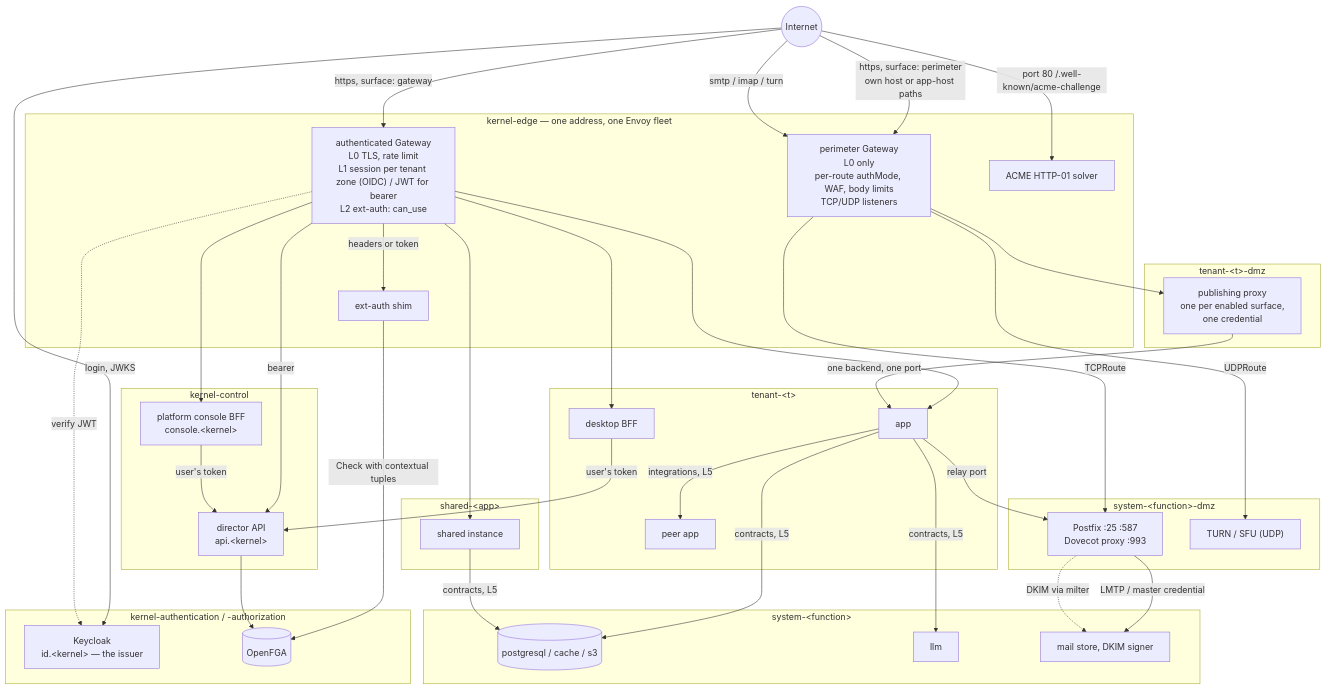
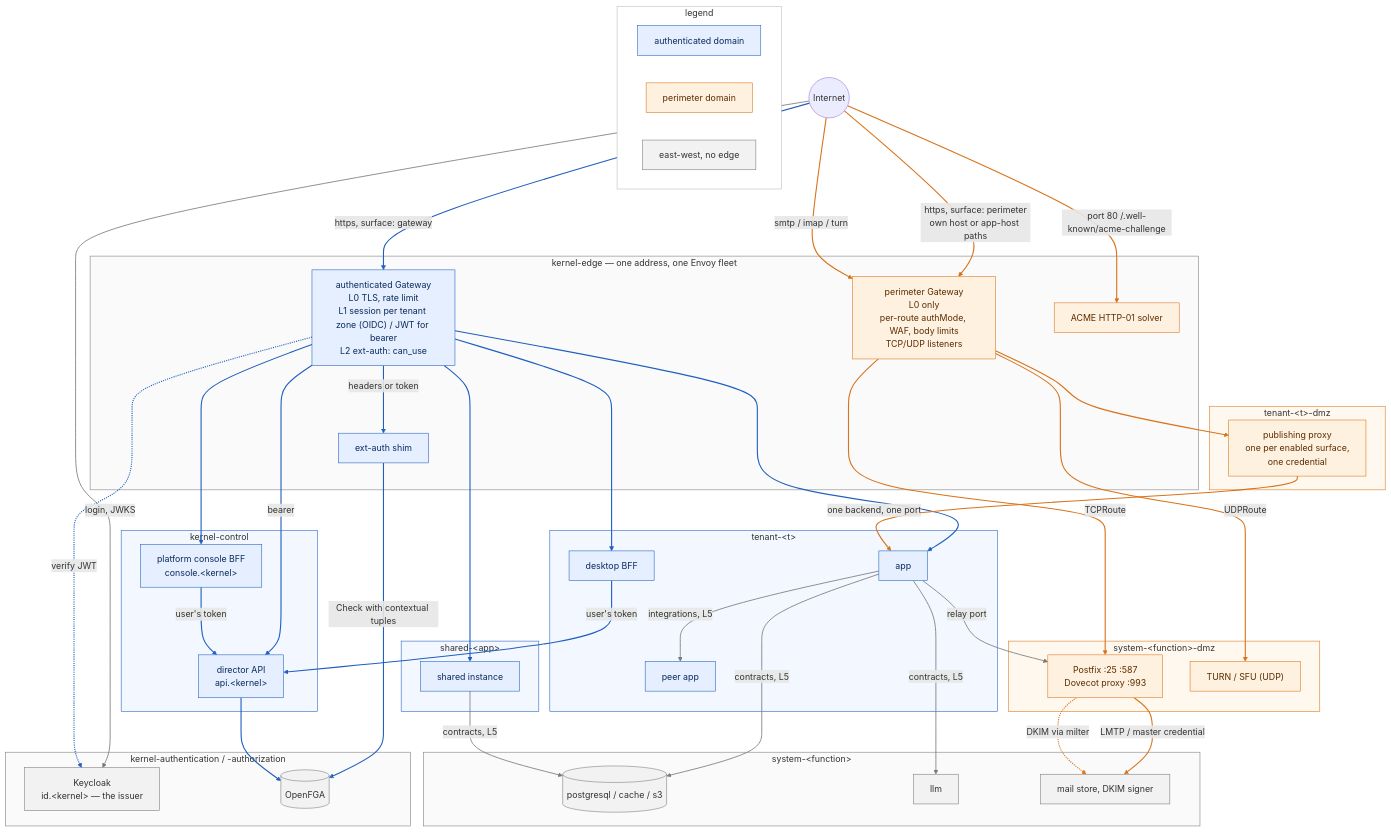
Before and after one commit to gentian-org/gentian-os: the diagram in docs/plans/networking.md, drawn with Mermaid.

Commit message:
docs(networking): colour the authenticated and perimeter domains in the diagram

````diff
--- a/docs/plans/networking.md
+++ b/docs/plans/networking.md
@@ -124,4 +124,29 @@
     APP -->|"relay port"| MTA
     APP -->|"integrations, L5"| PEER
     SAPP -->|"contracts, L5"| DB
+
+    subgraph LEGEND["legend"]
+        LA["authenticated domain"]
+        LP["perimeter domain"]
+        LE["east-west, no edge"]
+    end
+
+    classDef auth fill:#e6efff,stroke:#1f5fbf,color:#0b2a5b
+    classDef perim fill:#fff1e0,stroke:#d9731a,color:#5a2d00
+    classDef ew fill:#f2f2f2,stroke:#7a7a7a,color:#333
+    class AG,SHIM,DESK,APP,PEER,SAPP,CON,DIR,LA auth
+    class PG,PX,MTA,TURN,ACME,LP perim
+    class KC,FGA,DB,LLM,STORE,LE ew
+    style TEN fill:#f3f7ff,stroke:#1f5fbf
+    style SHR fill:#f3f7ff,stroke:#1f5fbf
+    style KCTL fill:#f3f7ff,stroke:#1f5fbf
+    style TDMZ fill:#fff8ef,stroke:#d9731a
+    style SDMZ fill:#fff8ef,stroke:#d9731a
+    style EDGE fill:#fafafa,stroke:#7a7a7a
+    style KAUTH fill:#fafafa,stroke:#7a7a7a
+    style SYS fill:#fafafa,stroke:#7a7a7a
+    style LEGEND fill:#ffffff,stroke:#bbbbbb
+    linkStyle 0,5,6,7,8,9,10,11,12,19,20,21 stroke:#1f5fbf,stroke-width:2px
+    linkStyle 1,2,4,13,14,15,16,17,18 stroke:#d9731a,stroke-width:2px
+    linkStyle 3,22,23,24,25,26 stroke:#7a7a7a,stroke-width:1.5px
 ```
````
